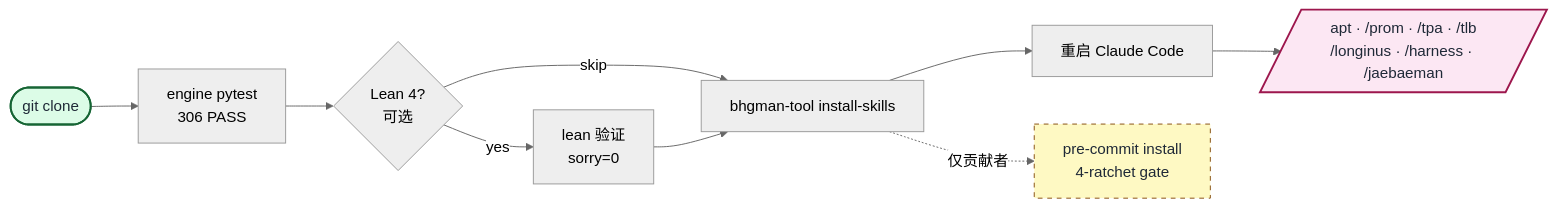
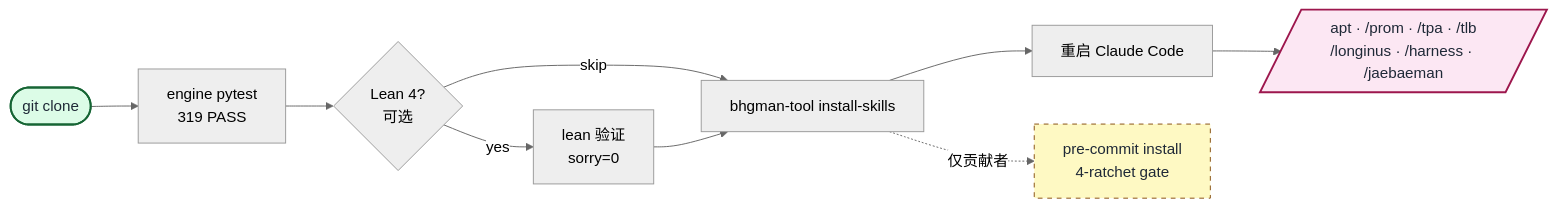
One commit to gj3447/bhgman_tool changed the diagram in README.zh-CN.md. Above: the diagram before and after it, drawn with Mermaid (neutral theme). The commit also changed other lines of this file and 1 other file, not shown here.

First line of the commit message:
docs(i18n): finish zh/ja stale-count sync — engine badge 306→319

````diff
--- a/README.zh-CN.md
+++ b/README.zh-CN.md
@@ -88,18 +88,18 @@
 ```mermaid
 flowchart LR
-    A([git clone]) --> B[engine pytest<br/>306 PASS]
+    A([git clone]) --> B[engine pytest<br/>319 PASS]
     B --> C{Lean 4?<br/>可选}
     C -- yes --> D[lean 验证<br/>sorry=0]
     C -- skip --> E[bhgman-tool install-skills]
     D --> E
     E --> F[重启 Claude Code]
     F --> G[/apt · /prom · /tpa · /tlb<br/>/longinus · /harness · /jaebaeman/]
     E -. 仅贡献者 .-> H[pre-commit install<br/>4-ratchet gate]
 
     classDef startNode fill:#dcfce7,stroke:#166534,stroke-width:2px,color:#1f2937
     classDef endNode fill:#fce7f3,stroke:#9d174d,stroke-width:2px,color:#1f2937
     classDef optNode fill:#fef9c3,stroke:#854d0e,stroke-width:1px,stroke-dasharray:5 5,color:#1f2937
     class A startNode
     class G endNode
     class H optNode
 ```
````
